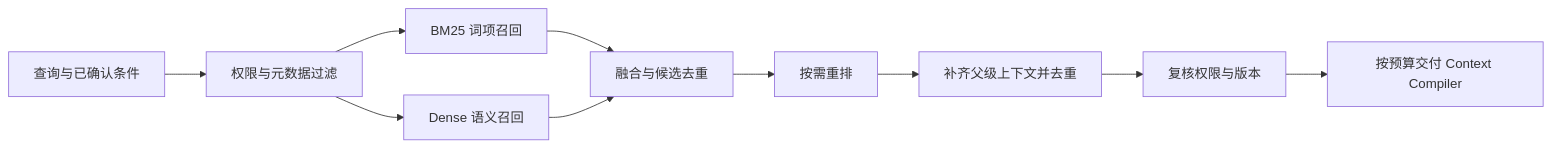
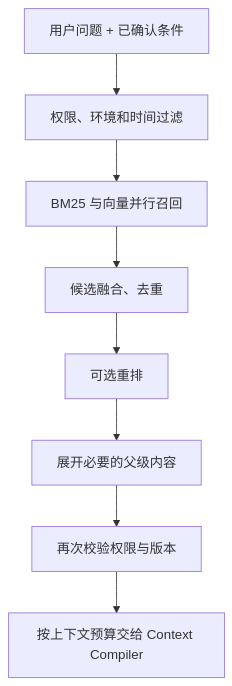
Before and after one commit to ideal-20/ai-agent-system-design: the diagram in docs/04-knowledge-memory.md, drawn with Mermaid. The commit also changed other lines of this file, not shown here.

````diff
--- a/docs/04-knowledge-memory.md
+++ b/docs/04-knowledge-memory.md
@@ -419,12 +275,10 @@
 ```mermaid
-flowchart LR
-    Q[查询与已确认条件] --> F[权限与元数据过滤]
-    F --> S[BM25 词项召回]
-    F --> D[Dense 语义召回]
-    S --> M[融合与候选去重]
-    D --> M
-    M --> R[按需重排]
-    R --> P[补齐父级上下文并去重]
-    P --> V[复核权限与版本]
-    V --> C[按预算交付 Context Compiler]
+flowchart TD
+    Q[用户问题 + 已确认条件] --> F[权限、环境和时间过滤]
+    F --> R[BM25 与向量并行召回]
+    R --> M[候选融合、去重]
+    M --> X[可选重排]
+    X --> P[展开必要的父级内容]
+    P --> V[再次校验权限与版本]
+    V --> C[按上下文预算交给 Context Compiler]
 ```
````
